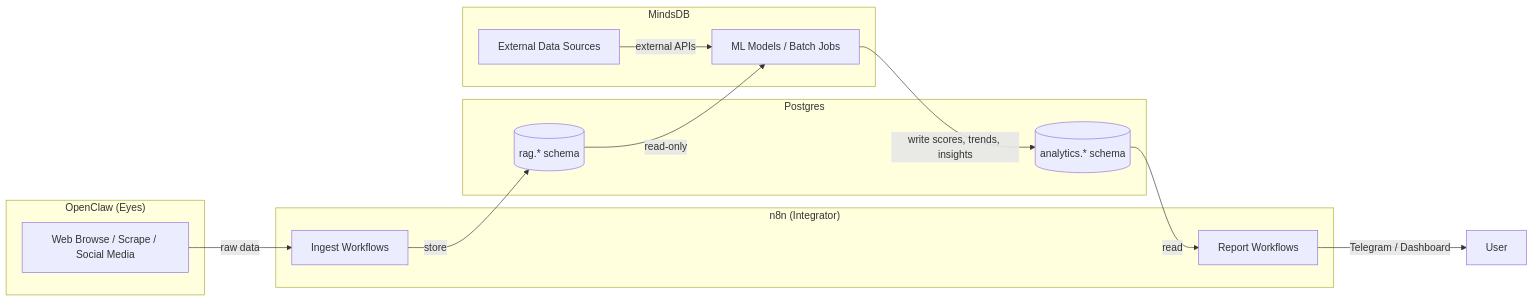
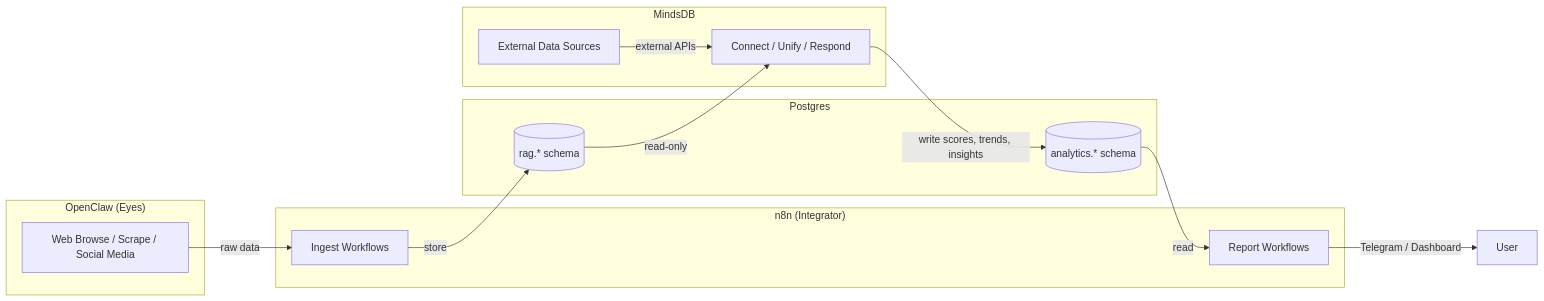
Before and after one commit to HonzaHezina/janAGI: the diagram in ops/docs/MINDSDB_ANALYTICS.md, drawn with Mermaid. The commit also changed other lines of this file and 8 other files, not shown here.

````diff
--- a/ops/docs/MINDSDB_ANALYTICS.md
+++ b/ops/docs/MINDSDB_ANALYTICS.md
@@ -50,29 +64,29 @@
 ```mermaid
 flowchart LR
   subgraph "OpenClaw (Eyes)"
     OC[Web Browse / Scrape / Social Media]
   end
 
   subgraph "n8n (Integrator)"
     WF_IN[Ingest Workflows]
     WF_OUT[Report Workflows]
   end
 
   subgraph Postgres
     RAG[(rag.* schema)]
     ANA[(analytics.* schema)]
   end
 
   subgraph MindsDB
-    ML[ML Models / Batch Jobs]
+    ML[Connect / Unify / Respond]
     EXT[External Data Sources]
   end
 
   OC -->|raw data| WF_IN
   WF_IN -->|store| RAG
   RAG -->|read-only| ML
   EXT -->|external APIs| ML
   ML -->|write scores, trends, insights| ANA
   ANA -->|read| WF_OUT
   WF_OUT -->|Telegram / Dashboard| U[User]
 ```
````
